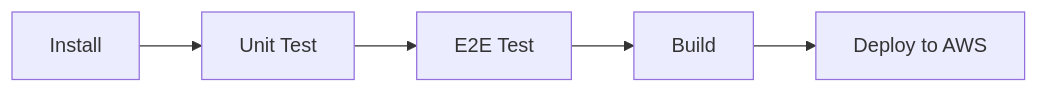
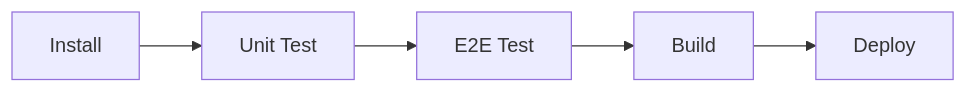
The diagram in README.md (griffinodow/tasks-wa), drawn with Mermaid before and after one commit. The commit also changed other lines of this file and 141 other files, not shown here.

````diff
--- a/README.md
+++ b/README.md
@@ -39,8 +40,8 @@
 ```mermaid
 flowchart LR;
   A["Install"]
   -->B["Unit Test"]
   -->C["E2E Test"]
   -->D["Build"]
-  -->E["Deploy to AWS"]
+  -->E["Deploy"]
 ```
````
